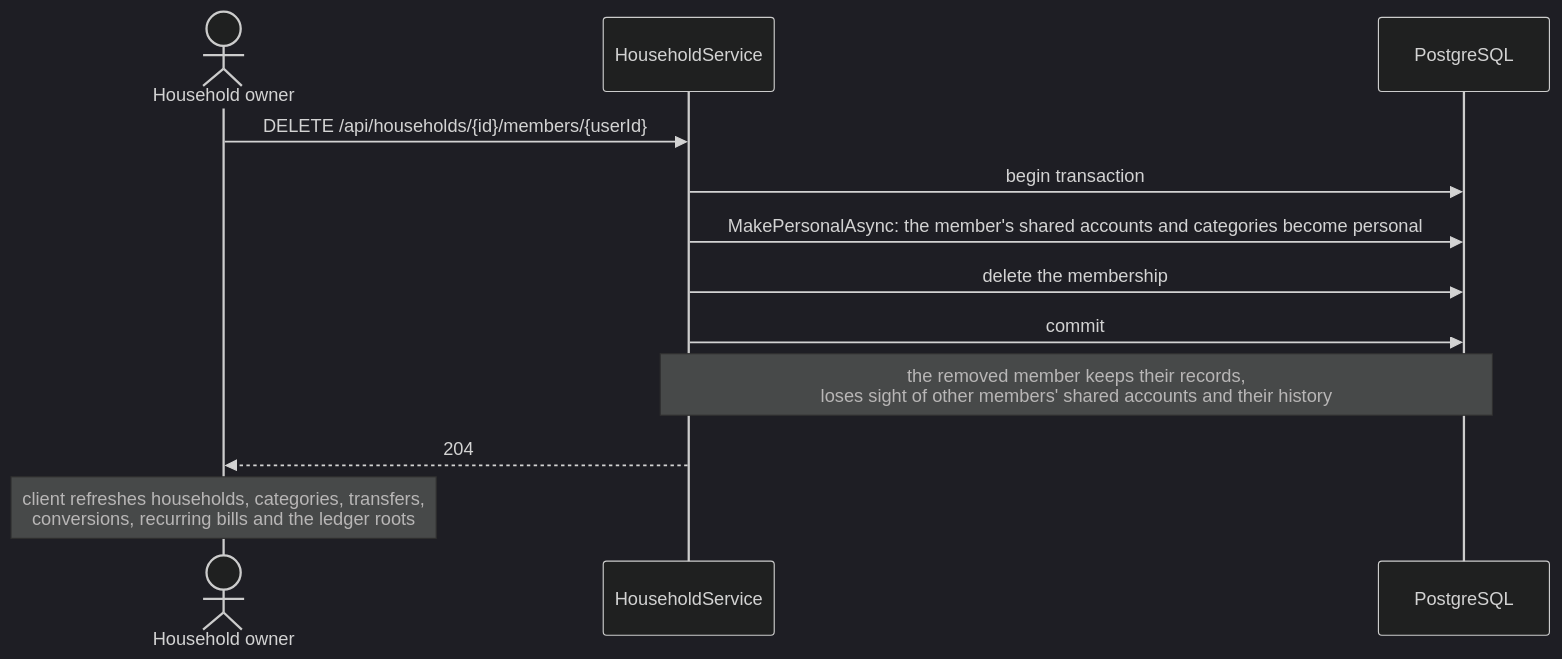
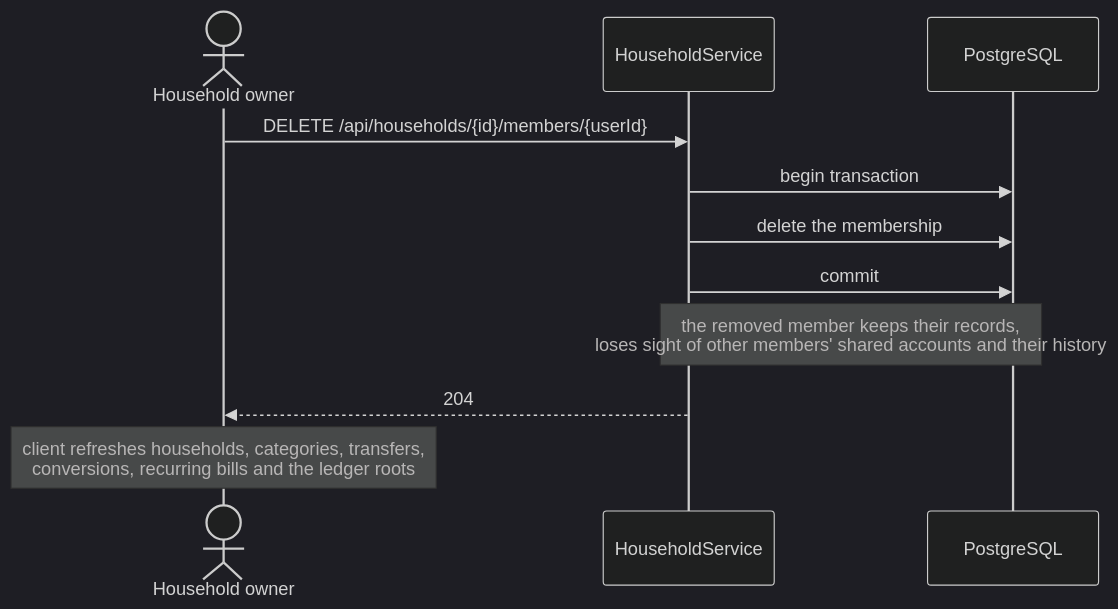
One commit to Justxs/Jx-Finance changed the third of 3 diagrams in docs/features/16. Households and sharing.md. Above: the diagram before and after it, drawn with Mermaid (dark theme). The commit also changed other lines of this file and 28 other files, not shown here.

````diff
--- a/docs/features/16. Households and sharing.md
+++ b/docs/features/16. Households and sharing.md
@@ -22,14 +54,13 @@
 ```mermaid
 sequenceDiagram
     actor Owner as Household owner
     participant Api as HouseholdService
     participant Db as PostgreSQL
     Owner->>Api: DELETE /api/households/{id}/members/{userId}
     Api->>Db: begin transaction
-    Api->>Db: MakePersonalAsync: the member's shared accounts and categories become personal
     Api->>Db: delete the membership
     Api->>Db: commit
     Note over Api,Db: the removed member keeps their records,<br/>loses sight of other members' shared accounts and their history
     Api-->>Owner: 204
     Note over Owner: client refreshes households, categories, transfers,<br/>conversions, recurring bills and the ledger roots
 ```
````
